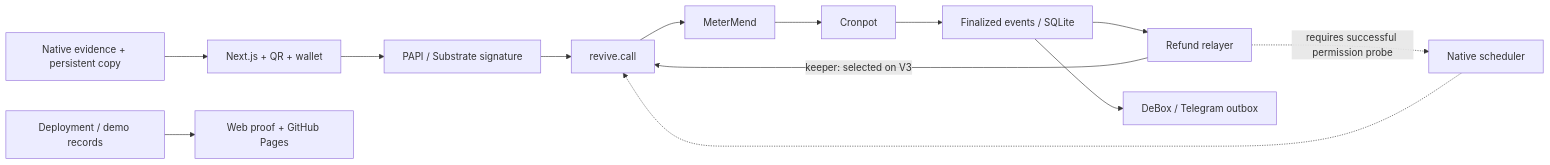
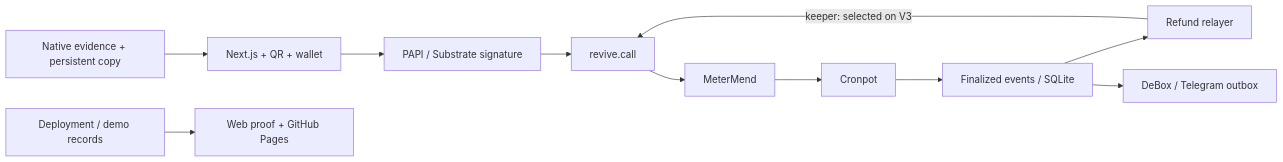
The diagram in README.md (willy264/portal_dot), drawn with Mermaid before and after one commit. The commit also changed other lines of this file and 24 other files, not shown here.

````diff
--- a/README.md
+++ b/README.md
@@ -39,15 +39,13 @@
 ```mermaid
 flowchart LR
   Web[Next.js + QR + wallet] --> PAPI[PAPI / Substrate signature]
   PAPI --> Revive[revive.call]
   Revive --> MM[MeterMend]
   MM --> Cron[Cronpot]
   Cron --> Events[Finalized events / SQLite]
   Events --> Worker[Refund relayer]
   Worker -->|keeper: selected on V3| Revive
-  Worker -.->|requires successful permission probe| Scheduler[Native scheduler]
-  Scheduler -.-> Revive
   Events --> Bot[DeBox / Telegram outbox]
   Evidence[Native evidence + persistent copy] --> Web
   Files[Deployment / demo records] --> Proof[Web proof + GitHub Pages]
 ```
````
